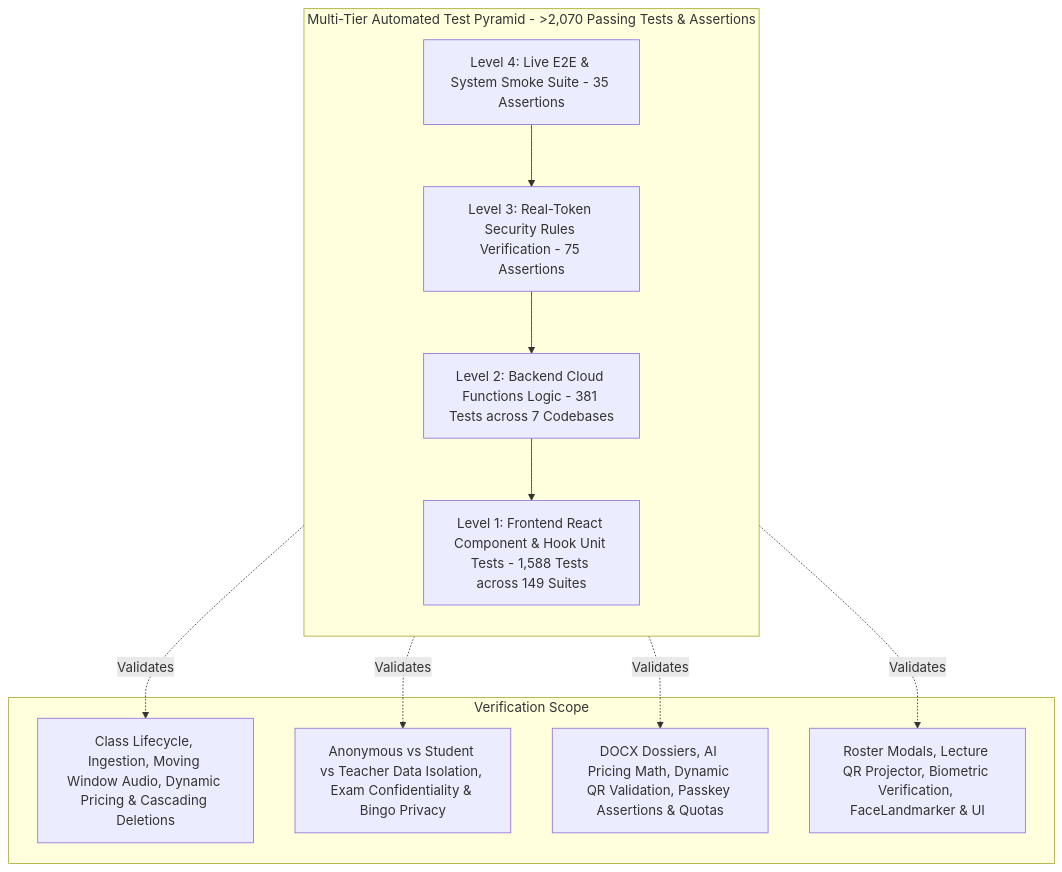
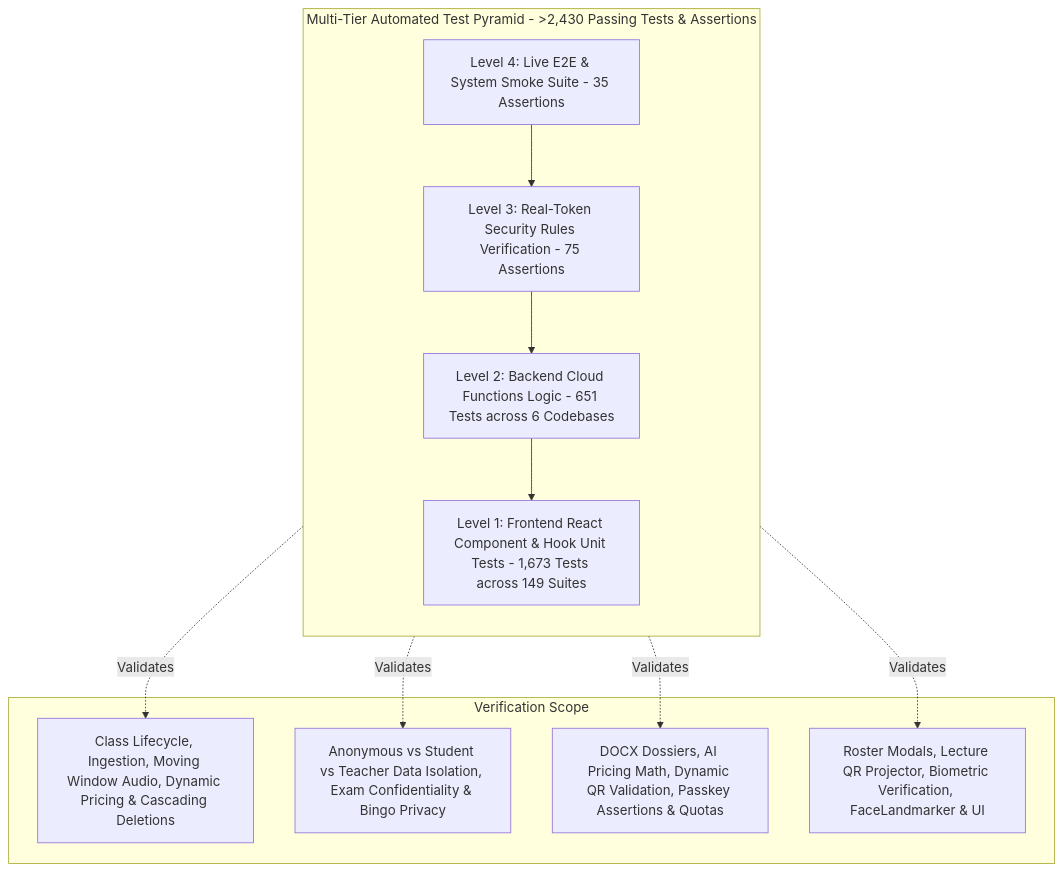
One commit to wongcyrus/Google-AI-Classroom changed the diagram in docs/testing-strategy-and-coverage.md. Above: the diagram before and after it, drawn with Mermaid. The commit also changed other lines of this file and 37 other files, not shown here.

Commit message:
test(all): restore test suites and code coverage back to 90% across backend functions and web app

````diff
--- a/docs/testing-strategy-and-coverage.md
+++ b/docs/testing-strategy-and-coverage.md
@@ -31,19 +31,19 @@
 ```mermaid
 flowchart TD
-    subgraph Pyramid [Multi-Tier Automated Test Pyramid - >2,070 Passing Tests & Assertions]
+    subgraph Pyramid [Multi-Tier Automated Test Pyramid - >2,430 Passing Tests & Assertions]
         direction TB
         L4[Level 4: Live E2E & System Smoke Suite - 35 Assertions]
         L3[Level 3: Real-Token Security Rules Verification - 75 Assertions]
-        L2[Level 2: Backend Cloud Functions Logic - 381 Tests across 7 Codebases]
-        L1[Level 1: Frontend React Component & Hook Unit Tests - 1,588 Tests across 149 Suites]
+        L2[Level 2: Backend Cloud Functions Logic - 651 Tests across 6 Codebases]
+        L1[Level 1: Frontend React Component & Hook Unit Tests - 1,673 Tests across 149 Suites]
         
         L4 --> L3 --> L2 --> L1
     end
 
     subgraph Details [Verification Scope]
         L4 -.->|Validates| D4[Class Lifecycle, Ingestion, Moving Window Audio, Dynamic Pricing & Cascading Deletions]
         L3 -.->|Validates| D3[Anonymous vs Student vs Teacher Data Isolation, Exam Confidentiality & Bingo Privacy]
         L2 -.->|Validates| D2[DOCX Dossiers, AI Pricing Math, Dynamic QR Validation, Passkey Assertions & Quotas]
         L1 -.->|Validates| D1[Roster Modals, Lecture QR Projector, Biometric Verification, FaceLandmarker & UI]
     end
 ```
````
